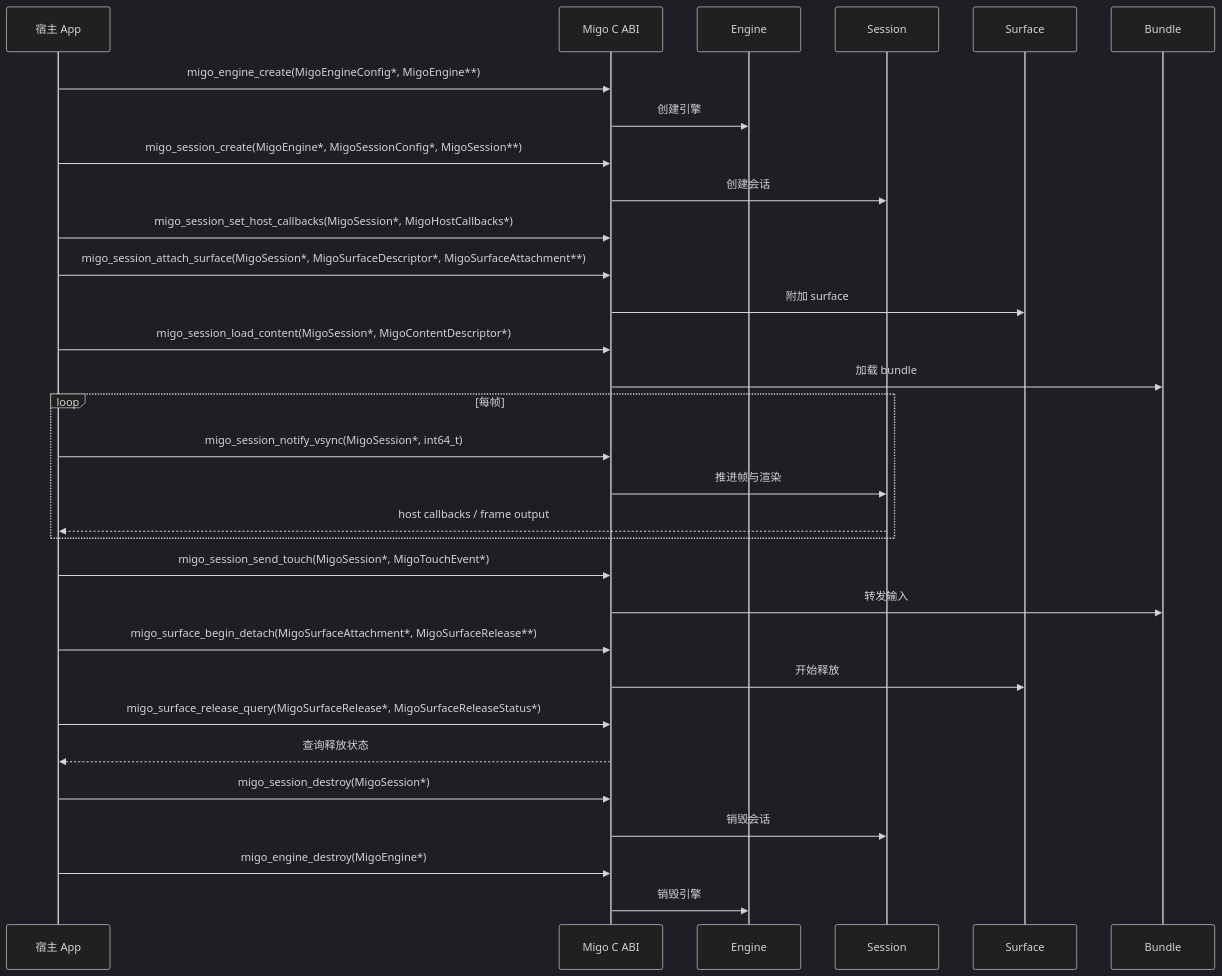
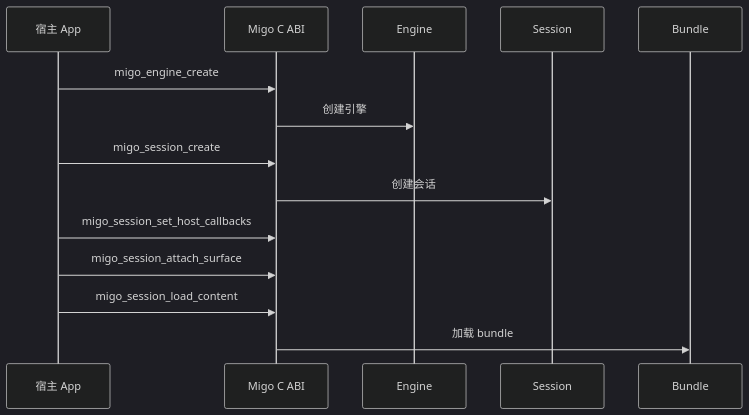
Before and after one commit to minigame-labs/migo-runtime: the second of 4 diagrams in developer-docs/src/content/docs/0.9/concepts/sdk-architecture.mdx, drawn with Mermaid (dark theme). The commit also changed other lines of this file and 87 other files, not shown here.

````diff
--- a/developer-docs/src/content/docs/0.9/concepts/sdk-architecture.mdx
+++ b/developer-docs/src/content/docs/0.9/concepts/sdk-architecture.mdx
@@ -46,34 +50,16 @@
 ```mermaid
 sequenceDiagram
   participant Host as 宿主 App
   participant ABI as Migo C ABI
   participant Engine as Engine
   participant Session as Session
-  participant Surface as Surface
   participant Content as Bundle
-
-  Host->>ABI: migo_engine_create(MigoEngineConfig*, MigoEngine**)
+  Host->>ABI: migo_engine_create
   ABI->>Engine: 创建引擎
-  Host->>ABI: migo_session_create(MigoEngine*, MigoSessionConfig*, MigoSession**)
+  Host->>ABI: migo_session_create
   ABI->>Session: 创建会话
-  Host->>ABI: migo_session_set_host_callbacks(MigoSession*, MigoHostCallbacks*)
-  Host->>ABI: migo_session_attach_surface(MigoSession*, MigoSurfaceDescriptor*, MigoSurfaceAttachment**)
-  ABI->>Surface: 附加 surface
-  Host->>ABI: migo_session_load_content(MigoSession*, MigoContentDescriptor*)
+  Host->>ABI: migo_session_set_host_callbacks
+  Host->>ABI: migo_session_attach_surface
+  Host->>ABI: migo_session_load_content
   ABI->>Content: 加载 bundle
-  loop 每帧
-    Host->>ABI: migo_session_notify_vsync(MigoSession*, int64_t)
-    ABI->>Session: 推进帧与渲染
-    Session-->>Host: host callbacks / frame output
-  end
-  Host->>ABI: migo_session_send_touch(MigoSession*, MigoTouchEvent*)
-  ABI->>Content: 转发输入
-  Host->>ABI: migo_surface_begin_detach(MigoSurfaceAttachment*, MigoSurfaceRelease**)
-  ABI->>Surface: 开始释放
-  Host->>ABI: migo_surface_release_query(MigoSurfaceRelease*, MigoSurfaceReleaseStatus*)
-  ABI-->>Host: 查询释放状态
-  Host->>ABI: migo_session_destroy(MigoSession*)
-  ABI->>Session: 销毁会话
-  Host->>ABI: migo_engine_destroy(MigoEngine*)
-  ABI->>Engine: 销毁引擎
 ```
````
